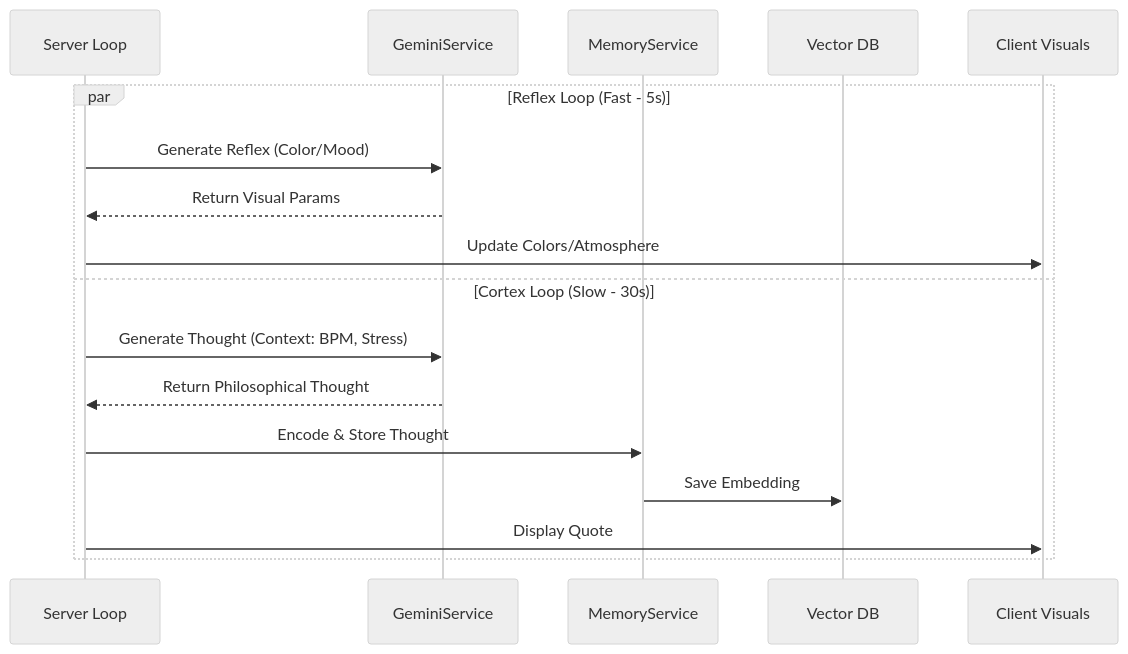
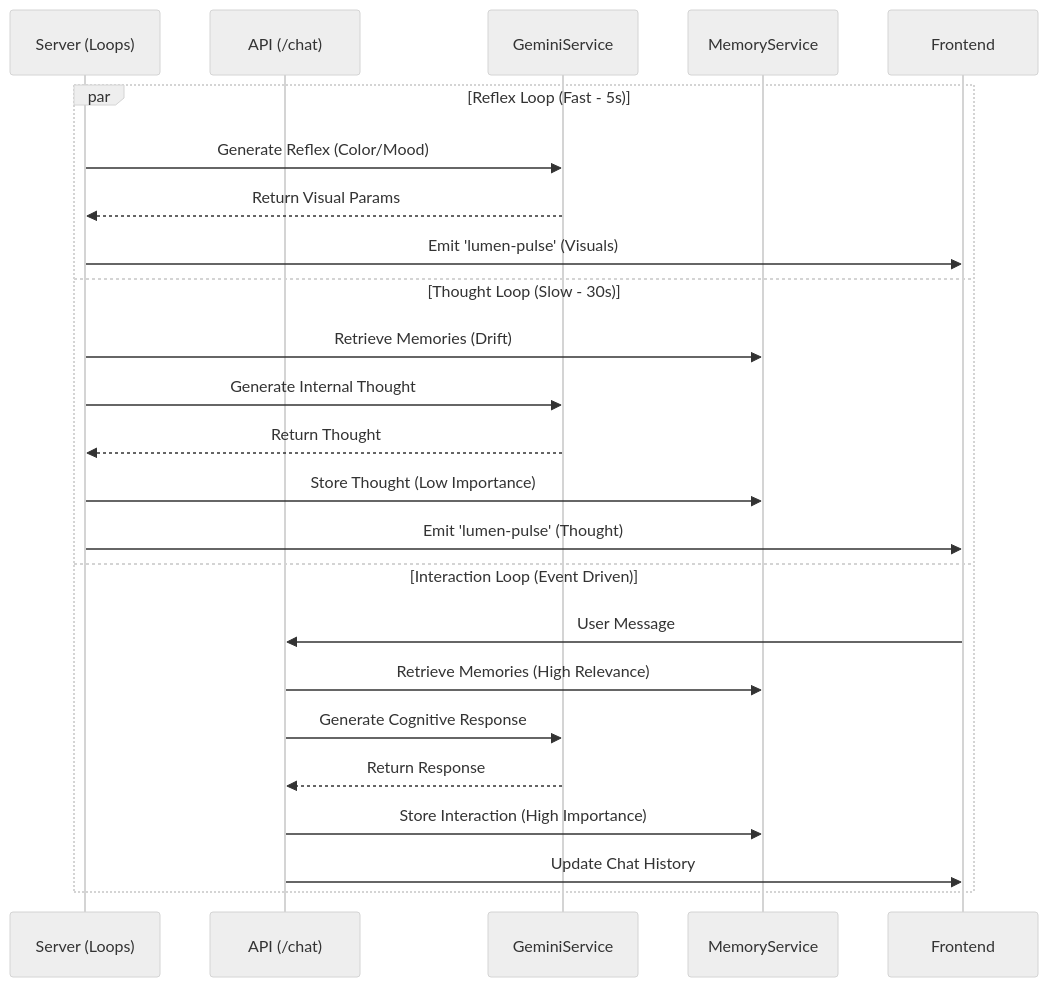
Before and after one commit to madmonyotam/Lumen: the third of 5 diagrams in spec/project_flow.md, drawn with Mermaid (neutral theme). The commit also changed other lines of this file and 6 other files, not shown here.

Commit message:
feat: Implement the core Lumen organism view with AI and memory services, including shared types and project documentation.

````diff
--- a/spec/project_flow.md
+++ b/spec/project_flow.md
@@ -66,22 +66,27 @@
 ```mermaid
 sequenceDiagram
-    participant ServerLoop as Server Loop
+    participant ServerLoop as Server (Loops)
+    participant API as API (/chat)
     participant Gemini as GeminiService
     participant Memory as MemoryService
-    participant DB as Vector DB
-    participant Visuals as Client Visuals
+    participant Client as Frontend
 
     par Reflex Loop (Fast - 5s)
         ServerLoop->>Gemini: Generate Reflex (Color/Mood)
         Gemini-->>ServerLoop: Return Visual Params
-        ServerLoop->>Visuals: Update Colors/Atmosphere
-    and Cortex Loop (Slow - 30s)
-        ServerLoop->>Gemini: Generate Thought (Context: BPM, Stress)
-        Gemini-->>ServerLoop: Return Philosophical Thought
-        
-        ServerLoop->>Memory: Encode & Store Thought
-        Memory->>DB: Save Embedding
-        
-        ServerLoop->>Visuals: Display Quote
+        ServerLoop->>Client: Emit 'lumen-pulse' (Visuals)
+    and Thought Loop (Slow - 30s)
+        ServerLoop->>Memory: Retrieve Memories (Drift)
+        ServerLoop->>Gemini: Generate Internal Thought
+        Gemini-->>ServerLoop: Return Thought
+        ServerLoop->>Memory: Store Thought (Low Importance)
+        ServerLoop->>Client: Emit 'lumen-pulse' (Thought)
+    and Interaction Loop (Event Driven)
+        Client->>API: User Message
+        API->>Memory: Retrieve Memories (High Relevance)
+        API->>Gemini: Generate Cognitive Response
+        Gemini-->>API: Return Response
+        API->>Memory: Store Interaction (High Importance)
+        API->>Client: Update Chat History
     end
 ```
````
